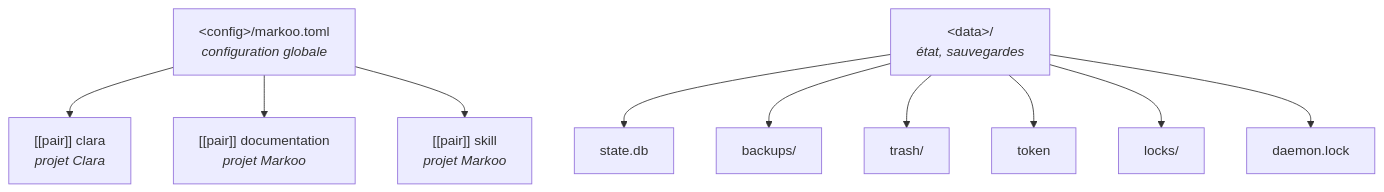
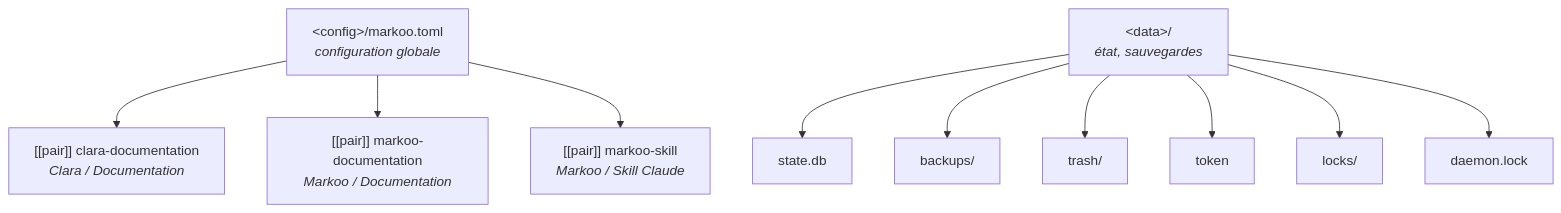
The first of 3 diagrams in documentation/fr/06-configuration.md (studoo-app/markoo), drawn with Mermaid before and after one commit. The commit also changed other lines of this file and 48 other files, not shown here.

````diff
--- a/documentation/fr/06-configuration.md
+++ b/documentation/fr/06-configuration.md
@@ -12,14 +12,14 @@
 ```mermaid
 flowchart TD
     G["&lt;config&gt;/markoo.toml<br/><i>configuration globale</i>"]
     S["&lt;data&gt;/<br/><i>état, sauvegardes</i>"]
-    G --> P1["[[pair]] clara<br/><i>projet Clara</i>"]
-    G --> P2["[[pair]] documentation<br/><i>projet Markoo</i>"]
-    G --> P3["[[pair]] skill<br/><i>projet Markoo</i>"]
+    G --> P1["[[pair]] clara-documentation<br/><i>Clara / Documentation</i>"]
+    G --> P2["[[pair]] markoo-documentation<br/><i>Markoo / Documentation</i>"]
+    G --> P3["[[pair]] markoo-skill<br/><i>Markoo / Skill Claude</i>"]
     S --> DB["state.db"]
     S --> B["backups/"]
     S --> T["trash/"]
     S --> TK["token"]
     S --> L["locks/"]
     S --> DL["daemon.lock"]
 ```
````
